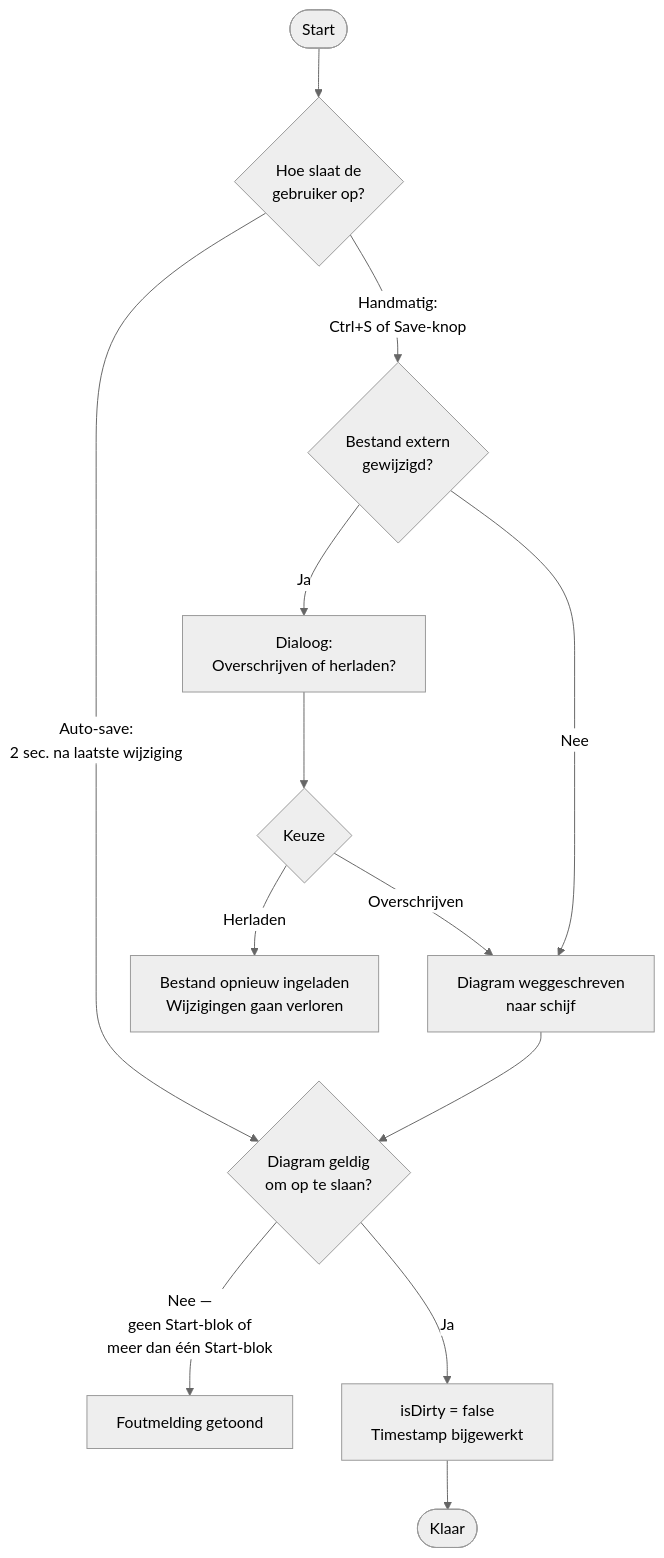
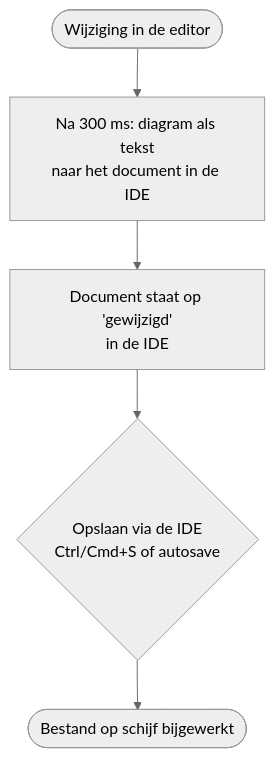
Diagram 11 of 18 in docs/USERFLOWS.md (GRJX/mmd-flowchart), drawn with Mermaid (neutral theme) before and after one commit. The commit also changed other lines of this file and 36 other files, not shown here.

First line of the commit message:
feat: add MMD Flowchart extension for VS Code

````diff
--- a/docs/USERFLOWS.md
+++ b/docs/USERFLOWS.md
@@ -236,15 +234,7 @@
 ```mermaid
 flowchart TD
-    A([Start]) --> B{"Hoe slaat de<br>gebruiker op?"}
-    B -- "Handmatig:<br>Ctrl+S of Save-knop" --> C{"Bestand extern<br>gewijzigd?"}
-    C -- Ja --> D["Dialoog:<br>Overschrijven of herladen?"]
-    D --> E{Keuze}
-    E -- Overschrijven --> F["Diagram weggeschreven<br>naar schijf"]
-    E -- Herladen --> G["Bestand opnieuw ingeladen<br>Wijzigingen gaan verloren"]
-    C -- Nee --> F
-    B -- "Auto-save:<br>2 sec. na laatste wijziging" --> H{"Diagram geldig<br>om op te slaan?"}
-    F --> H
-    H -- "Nee —<br>geen Start-blok of<br>meer dan één Start-blok" --> I[Foutmelding getoond]
-    H -- Ja --> J["isDirty = false<br>Timestamp bijgewerkt"]
-    J --> K([Klaar])
+    A([Wijziging in de editor]) --> B["Na 300 ms: diagram als tekst<br>naar het document in de IDE"]
+    B --> C["Document staat op 'gewijzigd'<br>in de IDE"]
+    C --> D{"Opslaan via de IDE<br>Ctrl/Cmd+S of autosave"}
+    D --> E([Bestand op schijf bijgewerkt])
 ```
````
